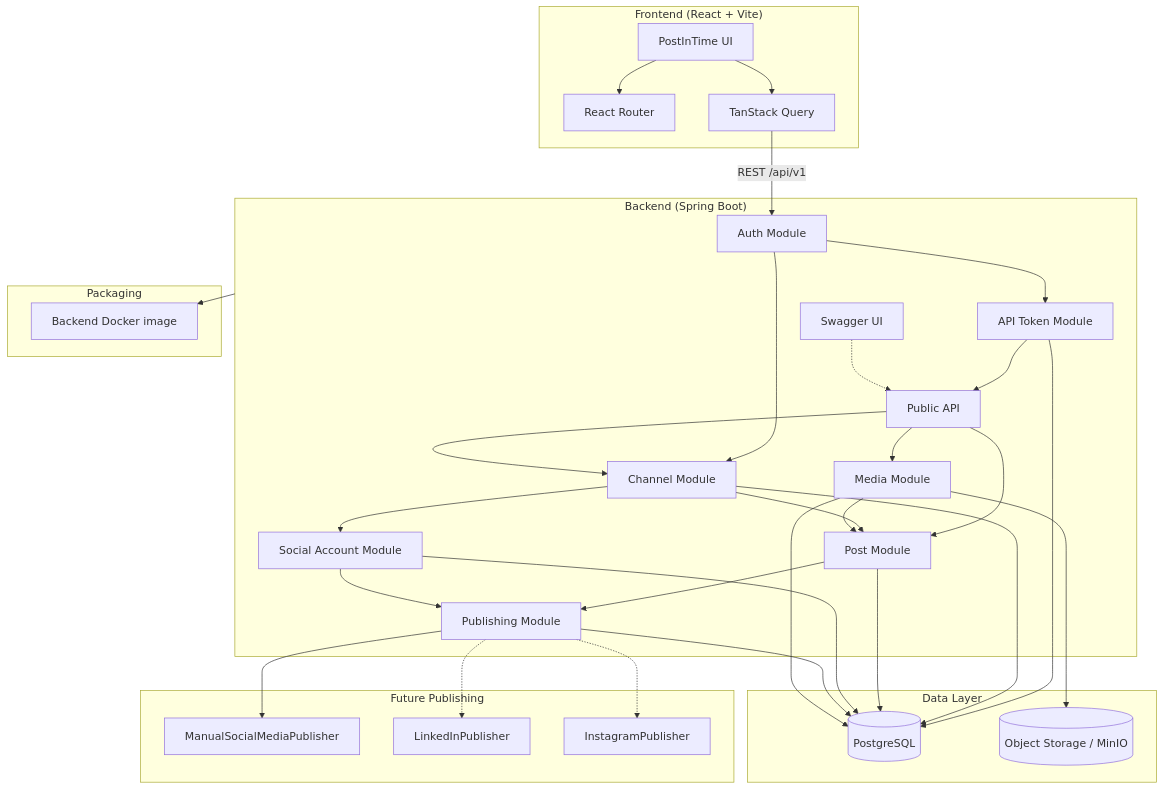
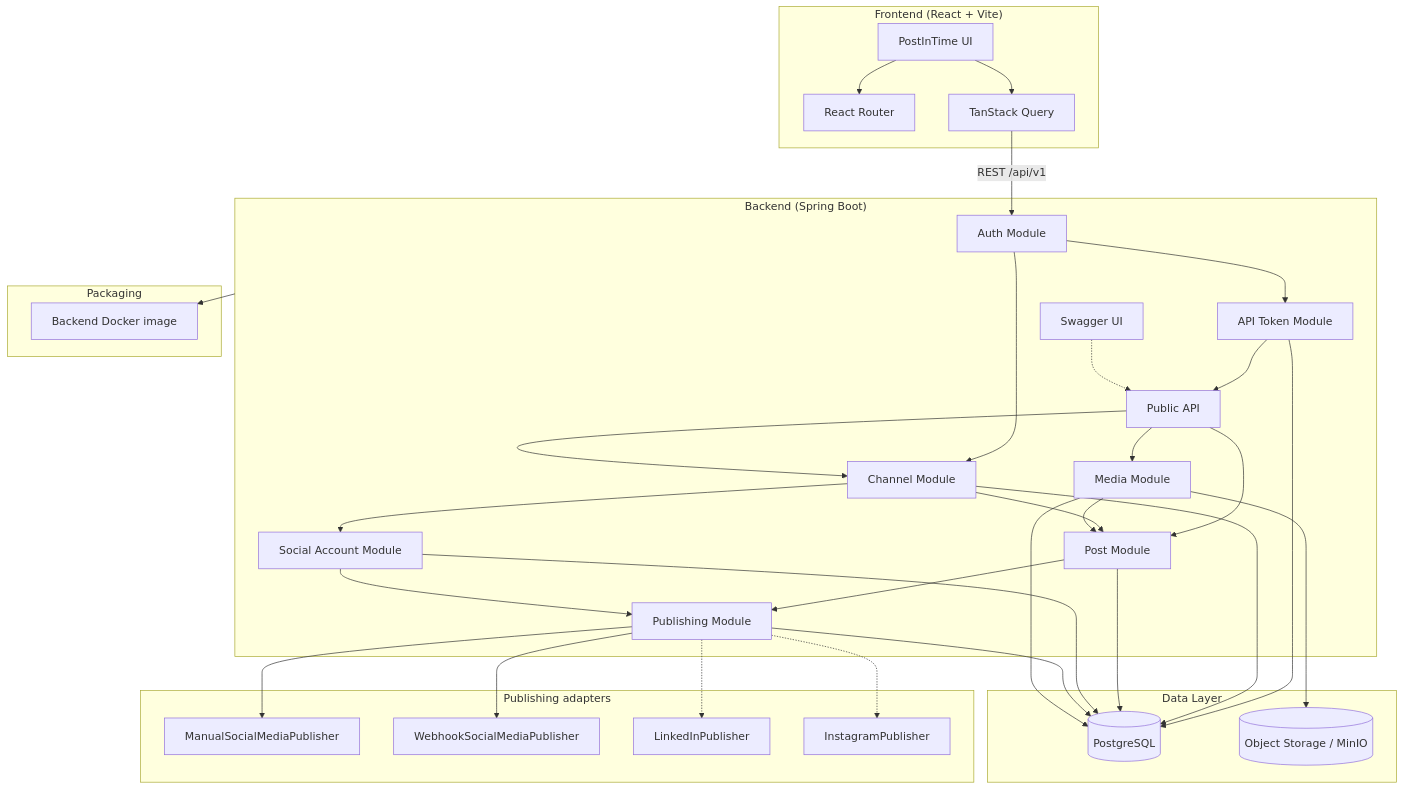
One commit to anushibinj/postintime changed the diagram in product-architecture-flowchart.mmd. Above: the diagram before and after it, drawn with Mermaid. The commit also changed 23 other files, not shown here.

Commit message:
Add manual vs webhook posting modes for social accounts.

```diff
--- a/product-architecture-flowchart.mmd
+++ b/product-architecture-flowchart.mmd
@@ -1,60 +1,62 @@
 flowchart TB
     subgraph Client["Frontend (React + Vite)"]
         UI[PostInTime UI]
         Router[React Router]
         Query[TanStack Query]
         UI --> Router
         UI --> Query
     end
 
     subgraph API["Backend (Spring Boot)"]
         Auth[Auth Module]
         ApiTokens[API Token Module]
         Channels[Channel Module]
         Posts[Post Module]
         Media[Media Module]
         Social[Social Account Module]
         Publishing[Publishing Module]
         Public[Public API]
         Swagger[Swagger UI]
         Auth --> Channels
         Auth --> ApiTokens
         ApiTokens --> Public
         Public --> Channels
         Public --> Posts
         Public --> Media
         Swagger -.-> Public
         Channels --> Posts
         Channels --> Social
         Posts --> Publishing
         Social --> Publishing
         Media --> Posts
     end
 
     subgraph Data["Data Layer"]
         PG[(PostgreSQL)]
         Storage[(Object Storage / MinIO)]
     end
 
     Query -->|REST /api/v1| Auth
     ApiTokens --> PG
     Channels --> PG
     Posts --> PG
     Social --> PG
     Publishing --> PG
     Media --> Storage
     Media --> PG
 
     subgraph Packaging["Packaging"]
         Image[Backend Docker image]
     end
     API --> Image
 
-    subgraph Future["Future Publishing"]
+    subgraph Future["Publishing adapters"]
         Manual[ManualSocialMediaPublisher]
+        Webhook[WebhookSocialMediaPublisher]
         LinkedIn[LinkedInPublisher]
         Instagram[InstagramPublisher]
         Publishing --> Manual
+        Publishing --> Webhook
         Publishing -.-> LinkedIn
         Publishing -.-> Instagram
     end
```
